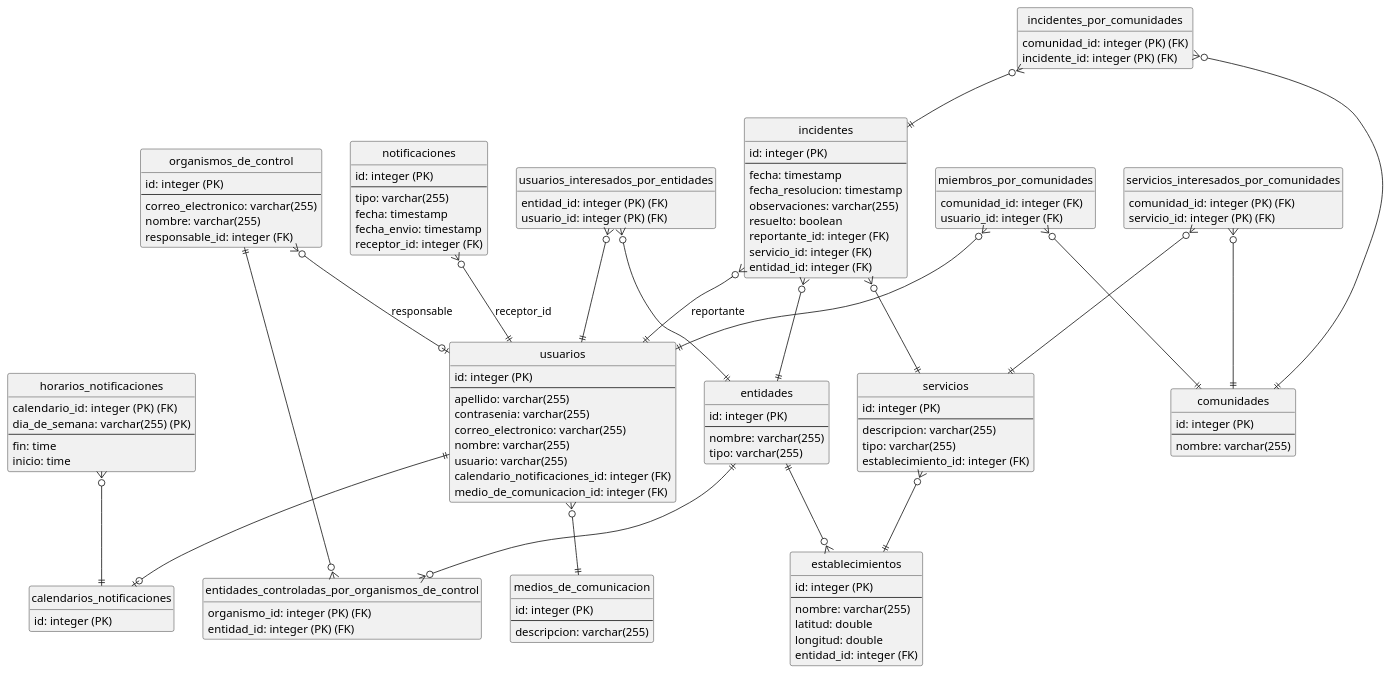
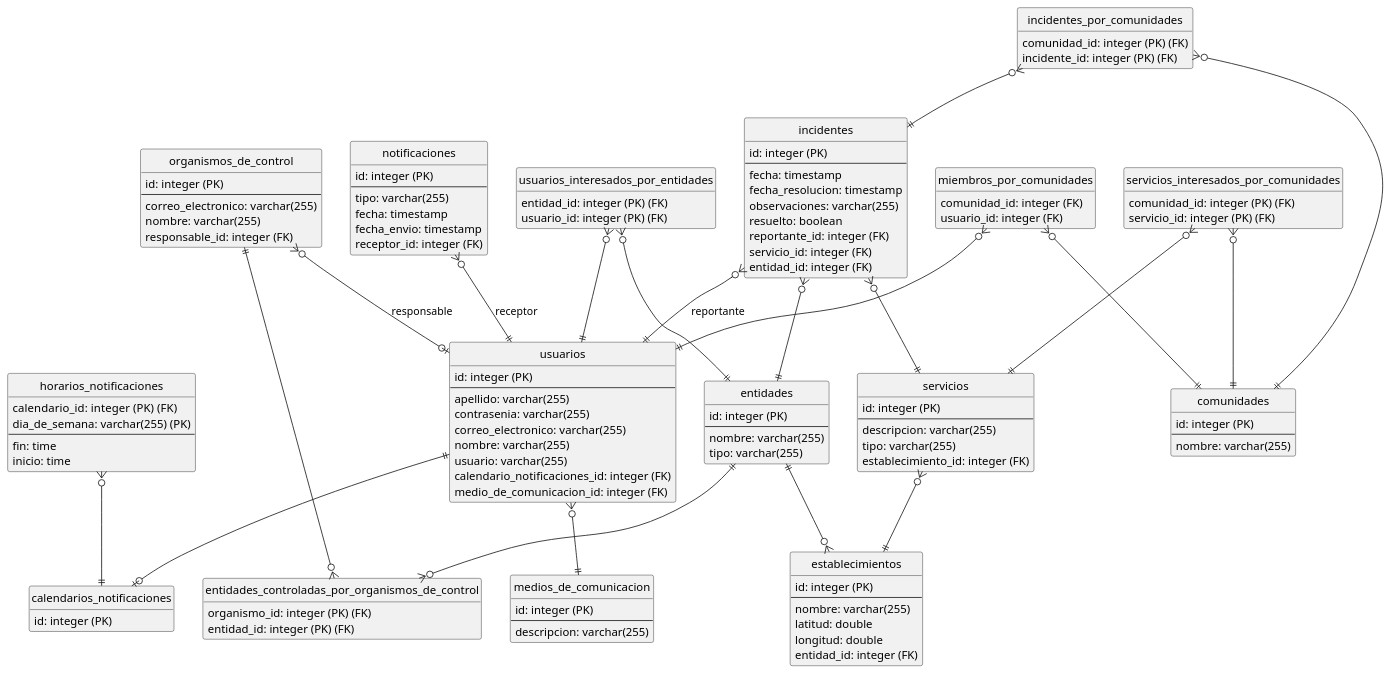
One commit to ValenAquino/tp-dds-2023 changed the diagram in docs/entrega-4/DER.puml. Above: the diagram before and after it, drawn with PlantUML.

Commit message:
chore(DER): Remover aclaraciones de id redundantes

```diff
--- a/docs/entrega-4/DER.puml
+++ b/docs/entrega-4/DER.puml
@@ -1,141 +1,141 @@
 @startuml
 
 hide circle
 hide empty members
 
 ENTITY calendarios_notificaciones {
   id: integer (PK)
 }
 
 ENTITY comunidades {
   id: integer (PK)
   --
   nombre: varchar(255)
 }
 
 ENTITY entidades {
   id: integer (PK)
   --
   nombre: varchar(255)
   tipo: varchar(255)
 }
 
 ENTITY entidades_controladas_por_organismos_de_control {
   organismo_id: integer (PK) (FK)
   entidad_id: integer (PK) (FK)
 }
 
 ENTITY establecimientos {
   id: integer (PK)
   --
   nombre: varchar(255)
   latitud: double
   longitud: double
   entidad_id: integer (FK)
 }
 
 ENTITY horarios_notificaciones {
   calendario_id: integer  (PK) (FK)
   dia_de_semana: varchar(255) (PK)
   --
   fin: time
   inicio: time
 }
 
 ENTITY incidentes {
   id: integer (PK)
   --
   fecha: timestamp
   fecha_resolucion: timestamp
   observaciones: varchar(255)
   resuelto: boolean
   reportante_id: integer (FK)
   servicio_id: integer (FK)
   entidad_id: integer (FK)
 }
 
 ENTITY incidentes_por_comunidades {
   comunidad_id: integer (PK) (FK)
   incidente_id: integer (PK) (FK)
 }
 
 ENTITY medios_de_comunicacion {
   id: integer (PK)
   --
   descripcion: varchar(255)
 }
 
 ENTITY miembros_por_comunidades {
   comunidad_id: integer (FK)
   usuario_id: integer (FK)
 }
 
 ENTITY notificaciones {
   id: integer (PK)
   --
   tipo: varchar(255)
   fecha: timestamp
   fecha_envio: timestamp
   receptor_id: integer (FK)
 }
 
 ENTITY organismos_de_control {
   id: integer (PK)
   --
   correo_electronico: varchar(255)
   nombre: varchar(255)
   responsable_id: integer (FK)
 }
 
 ENTITY servicios {
   id: integer (PK)
   --
   descripcion: varchar(255)
   tipo: varchar(255)
   establecimiento_id: integer (FK)
 }
 
 ENTITY servicios_interesados_por_comunidades {
   comunidad_id: integer (PK) (FK)
   servicio_id: integer (PK) (FK)
 }
 
 ENTITY usuarios {
   id: integer (PK)
   --
   apellido: varchar(255)
   contrasenia: varchar(255)
   correo_electronico: varchar(255)
   nombre: varchar(255)
   usuario: varchar(255)
   calendario_notificaciones_id: integer (FK)
   medio_de_comunicacion_id: integer (FK)
 }
 
 ENTITY usuarios_interesados_por_entidades {
   entidad_id: integer (PK) (FK)
   usuario_id: integer (PK) (FK)
 }
 
 organismos_de_control ||--o{ entidades_controladas_por_organismos_de_control
 entidades ||--o{ entidades_controladas_por_organismos_de_control
 entidades ||--o{ establecimientos
 horarios_notificaciones }o--|| calendarios_notificaciones
 incidentes }o--|| usuarios : reportante
 incidentes }o--|| servicios
 incidentes }o--|| entidades
 incidentes_por_comunidades }o--|| comunidades
 incidentes_por_comunidades }o--|| incidentes
 miembros_por_comunidades }o--|| usuarios 
 miembros_por_comunidades }o--|| comunidades
-notificaciones }o--|| usuarios : receptor_id
+notificaciones }o--|| usuarios : receptor
 organismos_de_control }o--o| usuarios : responsable
 servicios }o--|| establecimientos
 servicios_interesados_por_comunidades }o--|| comunidades
 servicios_interesados_por_comunidades }o--|| servicios
 usuarios ||--o| calendarios_notificaciones
 usuarios }o--|| medios_de_comunicacion
 usuarios_interesados_por_entidades }o--|| entidades
 usuarios_interesados_por_entidades }o--|| usuarios 
 
 @enduml
```
